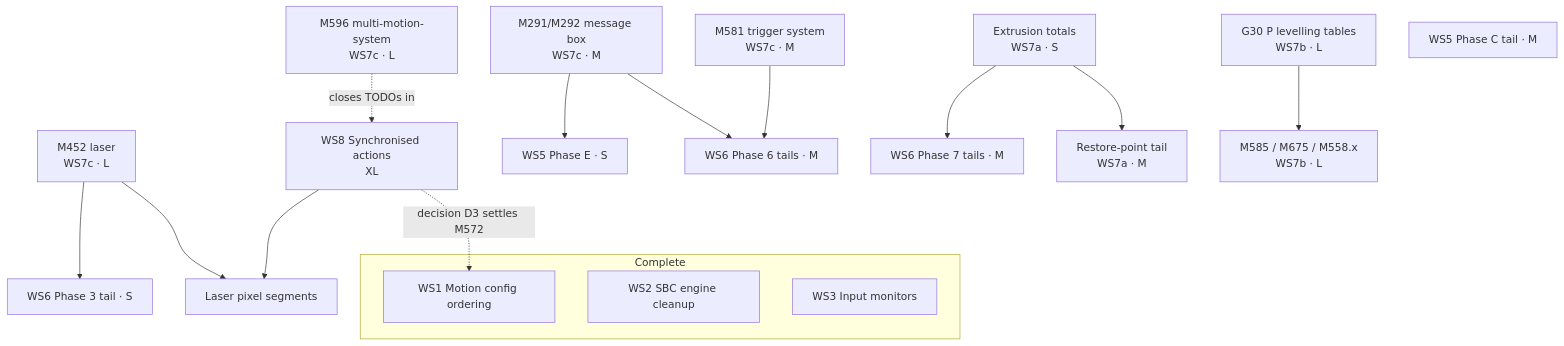
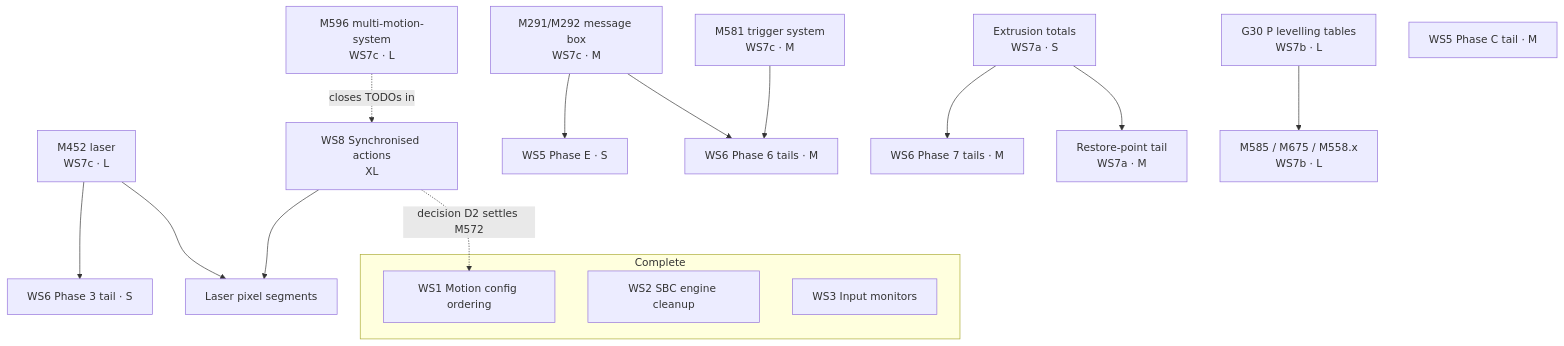
One commit to Duet3D/DuetSoftwareFramework changed the diagram in docs/devel/PROJECT_OVERVIEW.md. Above: the diagram before and after it, drawn with Mermaid. The commit also changed other lines of this file and 1 other file, not shown here.

````diff
--- a/docs/devel/PROJECT_OVERVIEW.md
+++ b/docs/devel/PROJECT_OVERVIEW.md
@@ -196,37 +196,37 @@
 ```mermaid
 graph TD
     subgraph done ["Complete"]
         WS1["WS1 Motion config ordering"]
         WS2["WS2 SBC engine cleanup"]
         WS3["WS3 Input monitors"]
     end
 
     M291["M291/M292 message box<br/>WS7c · M"]
     M581["M581 trigger system<br/>WS7c · M"]
     M452["M452 laser<br/>WS7c · L"]
     M596["M596 multi-motion-system<br/>WS7c · L"]
     EXTR["Extrusion totals<br/>WS7a · S"]
     G30P["G30 P levelling tables<br/>WS7b · L"]
 
     E_C["WS5 Phase C tail · M"]
     E_E["WS5 Phase E · S"]
     J6["WS6 Phase 6 tails · M"]
     J3["WS6 Phase 3 tail · S"]
     J7["WS6 Phase 7 tails · M"]
     PROBE["M585 / M675 / M558.x<br/>WS7b · L"]
     RP["Restore-point tail<br/>WS7a · M"]
     WS8["WS8 Synchronised actions<br/>XL"]
     LASERSEG["Laser pixel segments"]
 
     M291 --> E_E
     M291 --> J6
     M581 --> J6
     M452 --> J3
     EXTR --> J7
     EXTR --> RP
     G30P --> PROBE
     M596 -.->|closes TODOs in| WS8
     WS8 --> LASERSEG
     M452 --> LASERSEG
-    WS8 -.->|decision D3 settles M572| WS1
+    WS8 -.->|decision D2 settles M572| WS1
 ```
````
